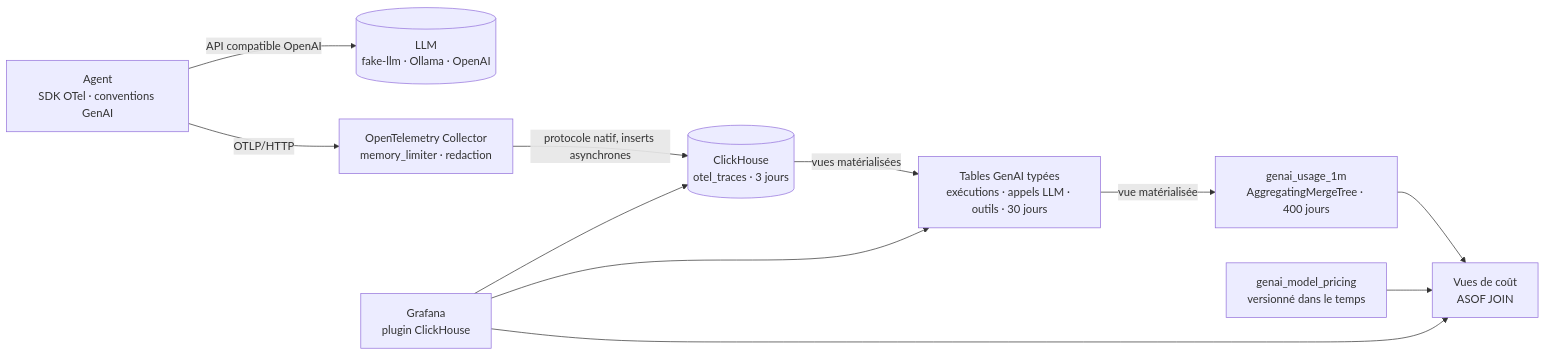
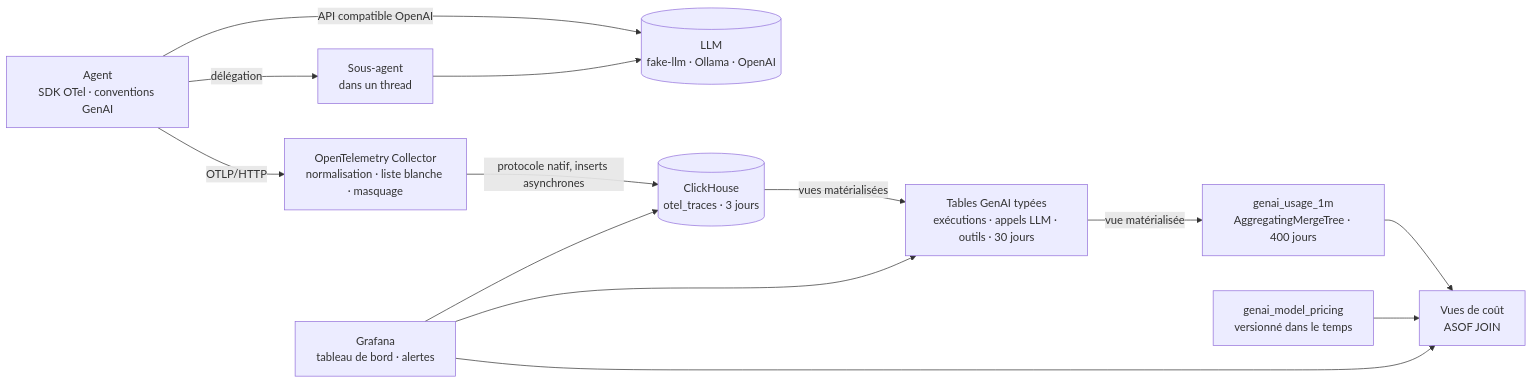
One commit to OlivMartins/sonde changed the diagram in docs/ARCHITECTURE.md. Above: the diagram before and after it, drawn with Mermaid. The commit also changed other lines of this file and 6 other files, not shown here.

````diff
--- a/docs/ARCHITECTURE.md
+++ b/docs/ARCHITECTURE.md
@@ -5,23 +5,26 @@
 ```mermaid
 flowchart LR
     A["Agent<br/>SDK OTel · conventions GenAI"]
+    S["Sous-agent<br/>dans un thread"]
     LLM[("LLM<br/>fake-llm · Ollama · OpenAI")]
-    C["OpenTelemetry Collector<br/>memory_limiter · redaction"]
+    C["OpenTelemetry Collector<br/>normalisation · liste blanche · masquage"]
     R[("ClickHouse<br/>otel_traces · 3 jours")]
     T["Tables GenAI typées<br/>exécutions · appels LLM · outils · 30 jours"]
     U["genai_usage_1m<br/>AggregatingMergeTree · 400 jours"]
     P["genai_model_pricing<br/>versionné dans le temps"]
     V["Vues de coût<br/>ASOF JOIN"]
-    G["Grafana<br/>plugin ClickHouse"]
+    G["Grafana<br/>tableau de bord · alertes"]
 
+    A -- "délégation" --> S
     A -- "API compatible OpenAI" --> LLM
+    S --> LLM
     A -- "OTLP/HTTP" --> C
     C -- "protocole natif, inserts asynchrones" --> R
     R -- "vues matérialisées" --> T
     T -- "vue matérialisée" --> U
     U --> V
     P --> V
     G --> R
     G --> T
     G --> V
 ```
````
